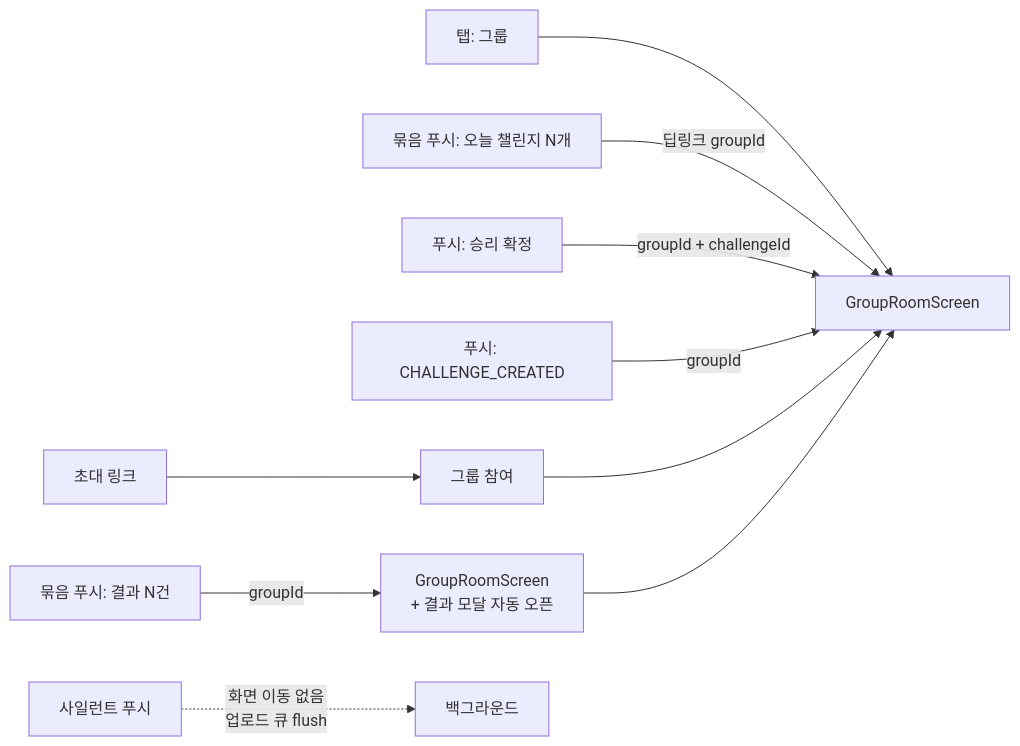
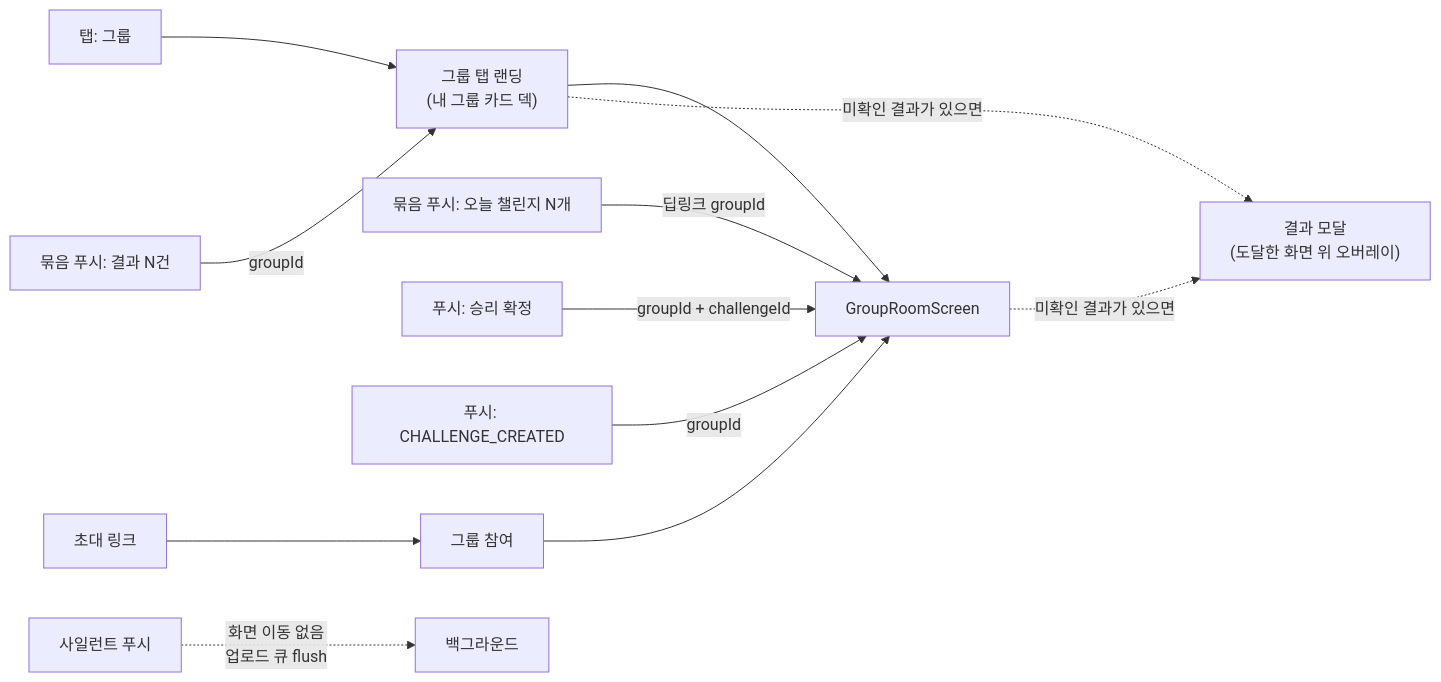
Before and after one commit to OneOrThree/phone: the eighth of 11 diagrams in docs/prd/challenge/information-architecture.md, drawn with Mermaid. The commit also changed other lines of this file and 6 other files, not shown here.

````diff
--- a/docs/prd/challenge/information-architecture.md
+++ b/docs/prd/challenge/information-architecture.md
@@ -369,14 +369,16 @@
 ```mermaid
 flowchart LR
-    E1["탭: 그룹"] --> GR
+    E1["탭: 그룹"] --> GD
     E2["묶음 푸시: 오늘 챌린지 N개"] -->|"딥링크 groupId"| GR
-    E3["묶음 푸시: 결과 N건"] -->|"groupId"| GRM
+    E3["묶음 푸시: 결과 N건"] -->|"groupId"| GD
     E4["푸시: 승리 확정"] -->|"groupId + challengeId"| GR
     E5["푸시: CHALLENGE_CREATED"] -->|"groupId"| GR
     E6["초대 링크"] --> GJ["그룹 참여"] --> GR
     E7["사일런트 푸시"] -.->|"화면 이동 없음<br/>업로드 큐 flush"| BG["백그라운드"]
 
+    GD["그룹 탭 랜딩<br/>(내 그룹 카드 덱)"] --> GR
     GR["GroupRoomScreen"]
-    GRM["GroupRoomScreen<br/>+ 결과 모달 자동 오픈"]
-    GRM --> GR
+    GD -.->|"미확인 결과가 있으면"| RM
+    GR -.->|"미확인 결과가 있으면"| RM
+    RM["결과 모달<br/>(도달한 화면 위 오버레이)"]
 ```
````
